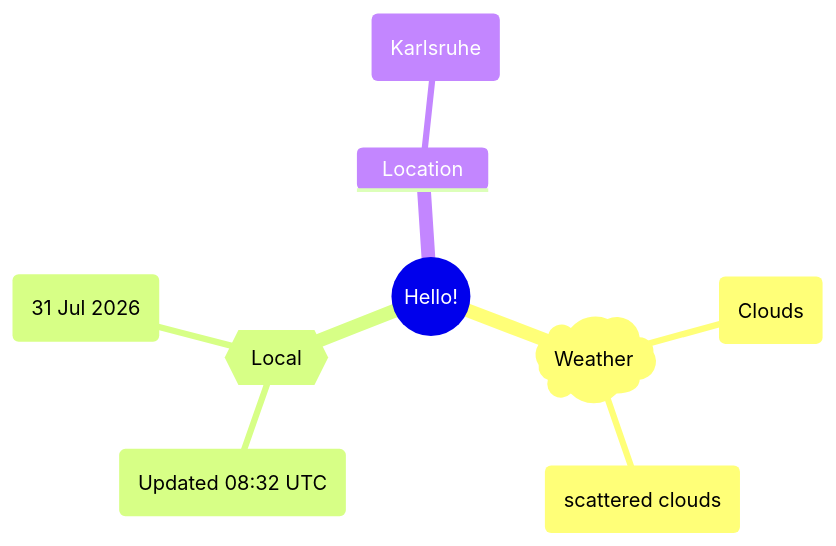
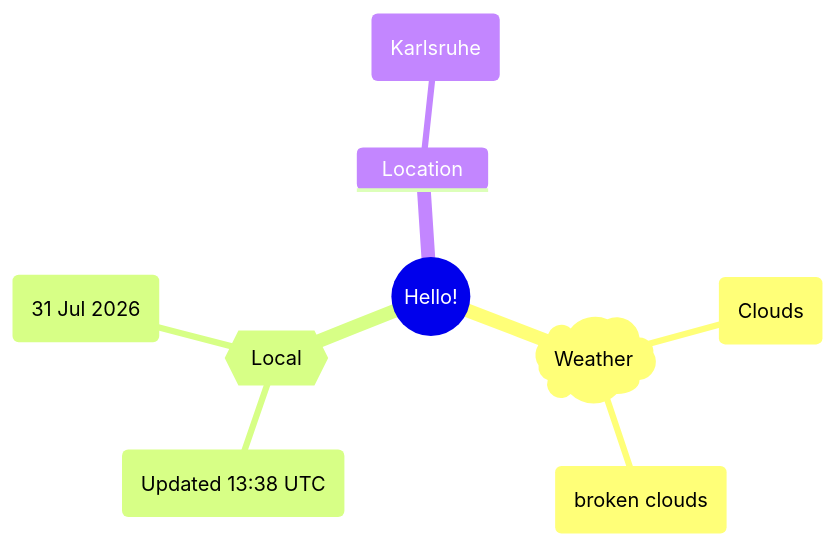
One commit to Xosrov/Xosrov changed the first of 2 diagrams in README.md. Above: the diagram before and after it, drawn with Mermaid.

Commit message:
[bot] updated images

````diff
--- a/README.md
+++ b/README.md
@@ -3,12 +3,12 @@
 ```mermaid
 mindmap
   root((Hello!))
     )Weather(
         (Clouds)
-        (scattered clouds)
+        (broken clouds)
     {{Local}}
-        (Updated 08:32 UTC)
+        (Updated 13:38 UTC)
         (31 Jul 2026)
     Location
         (Karlsruhe)
 ```
````
